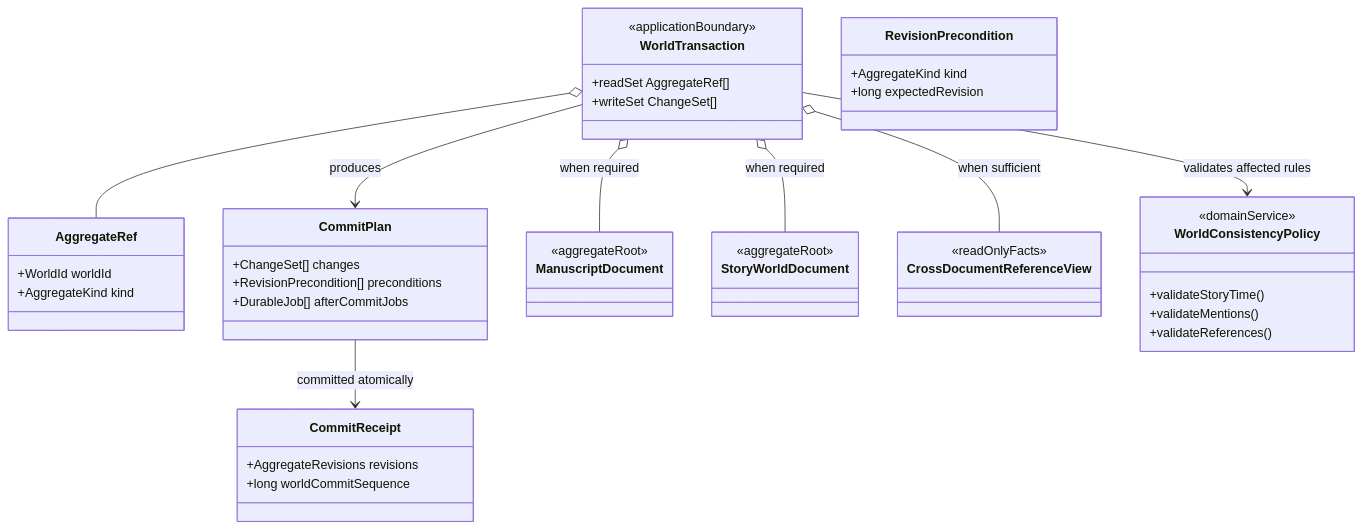
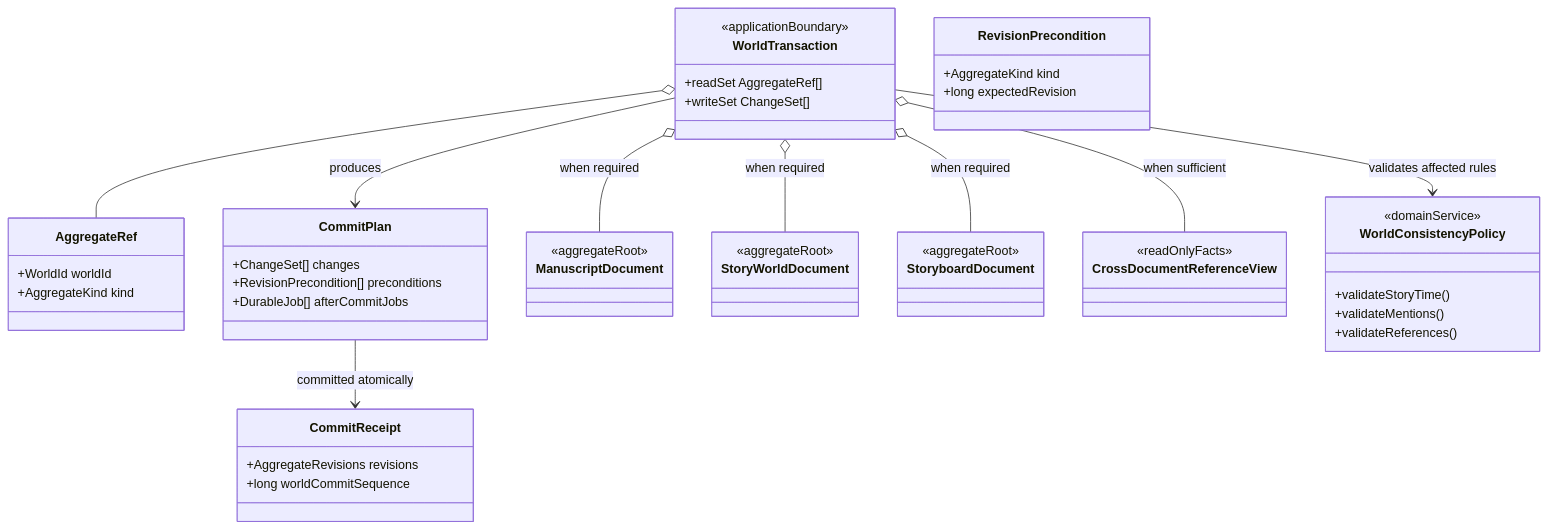
One commit to Tim3399/quiltor changed the second of 9 diagrams in docs/architecture/views/core-software.md. Above: the diagram before and after it, drawn with Mermaid. The commit also changed other lines of this file and 280 other files, not shown here.

Commit message:
feat: add storyboard planning and shared graph editing

````diff
--- a/docs/architecture/views/core-software.md
+++ b/docs/architecture/views/core-software.md
@@ -118,58 +131,64 @@
 ```mermaid
 classDiagram
 direction TB
 
 class WorldTransaction {
   <<applicationBoundary>>
   +readSet AggregateRef[]
   +writeSet ChangeSet[]
 }
 
 class AggregateRef {
   +WorldId worldId
   +AggregateKind kind
 }
 
 class RevisionPrecondition {
   +AggregateKind kind
   +long expectedRevision
 }
 
 class CommitPlan {
   +ChangeSet[] changes
   +RevisionPrecondition[] preconditions
   +DurableJob[] afterCommitJobs
 }
 
 class CommitReceipt {
   +AggregateRevisions revisions
   +long worldCommitSequence
 }
 
 class ManuscriptDocument {
   <<aggregateRoot>>
 }
 
 class StoryWorldDocument {
   <<aggregateRoot>>
 }
 
+class StoryboardDocument {
+  <<aggregateRoot>>
+  <<nonCanonicalPlanning>>
+}
+
 class CrossDocumentReferenceView {
   <<readOnlyFacts>>
 }
 
 class WorldConsistencyPolicy {
   <<domainService>>
   +validateStoryTime()
   +validateMentions()
   +validateReferences()
 }
 
 WorldTransaction o-- AggregateRef
 WorldTransaction o-- ManuscriptDocument : when required
 WorldTransaction o-- StoryWorldDocument : when required
+WorldTransaction o-- StoryboardDocument : when required
 WorldTransaction o-- CrossDocumentReferenceView : when sufficient
 WorldTransaction --> WorldConsistencyPolicy : validates affected rules
 WorldTransaction --> CommitPlan : produces
 CommitPlan --> CommitReceipt : committed atomically
 ```
````
